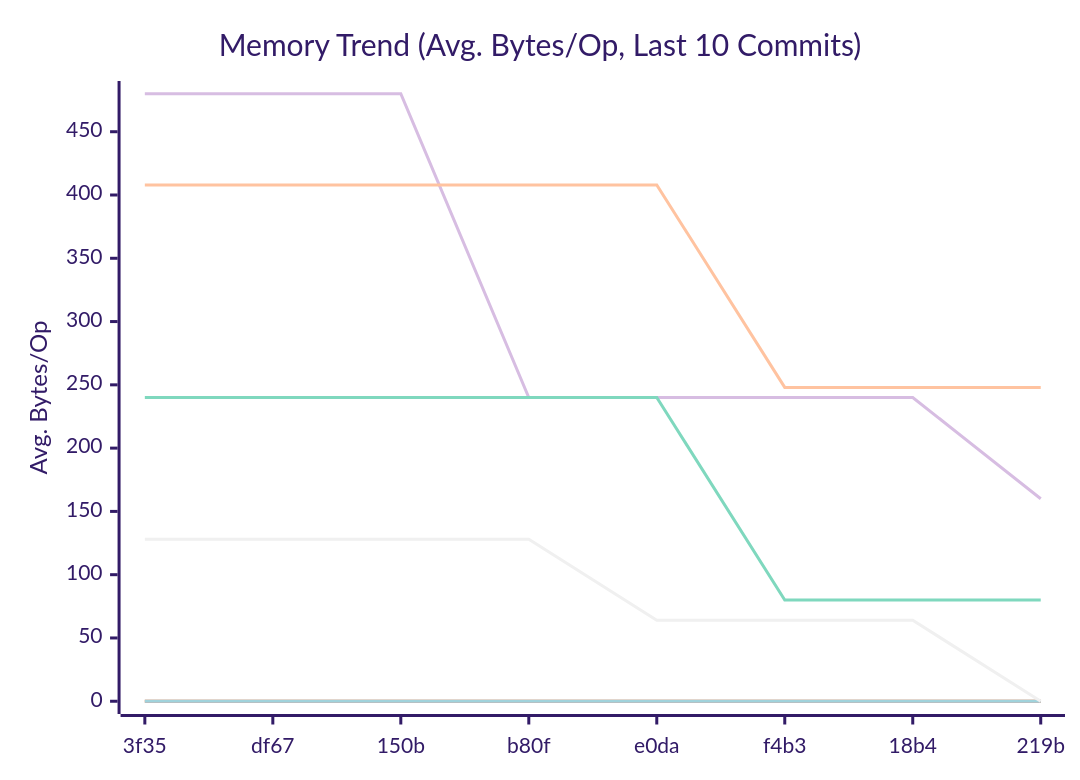
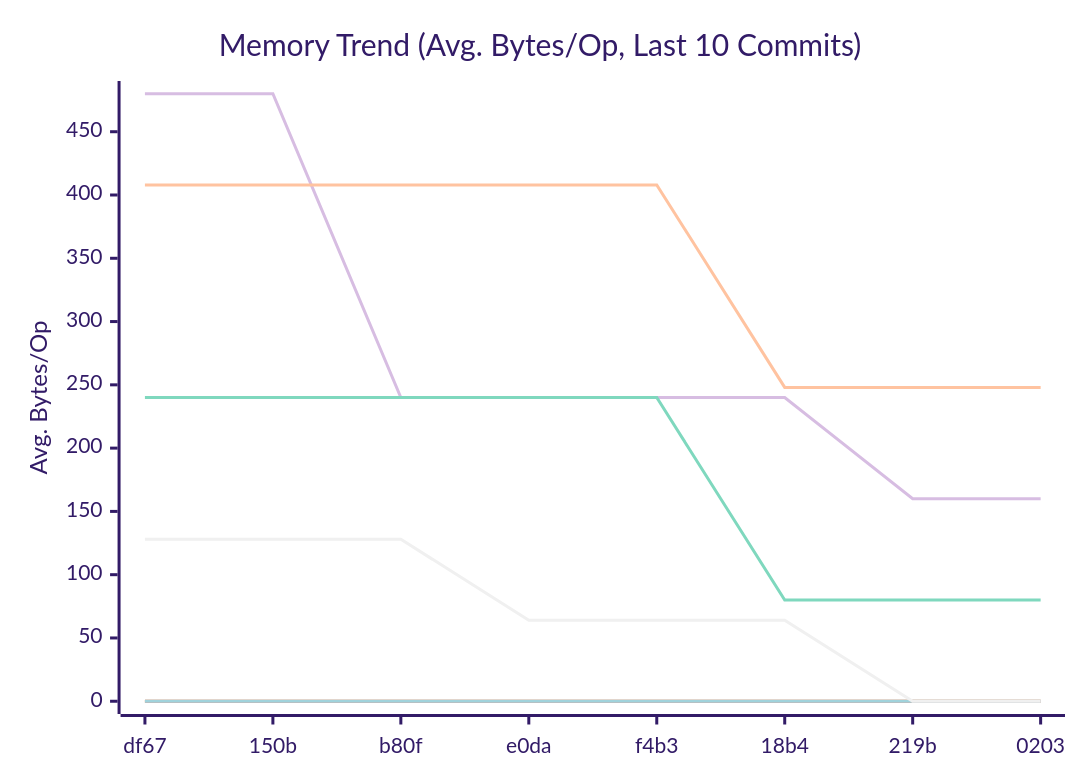
Before and after one commit to alsotoes/momo: the second of 3 diagrams in docs/README.md, drawn with Mermaid (forest theme). The commit also changed other lines of this file and 1 other file, not shown here.

````diff
--- a/docs/README.md
+++ b/docs/README.md
@@ -183,14 +177,14 @@
 ```mermaid
 xychart-beta
     title "Memory Trend (Avg. Bytes/Op, Last 10 Commits)"
     x-axis "Commit"
     y-axis "Avg. Bytes/Op"
-    x-axis [3f35,df67,150b,b80f,e0da,f4b3,18b4,219b]
+    x-axis [df67,150b,b80f,e0da,f4b3,18b4,219b,0203]
     line "CheckMetricsAndSwap" [0,0,0,0,0,0,0,0,0,0]
     line "IndexDirectTracking" [0,0,0,0,0,0,0,0,0,0]
     line "IndexSearch" [0,0,0,0,0,0,0,0,0,0]
-    line "LoadGlobalConfig" [480,480,480,240,240,240,240,160,160,0]
-    line "PadString" [128,128,128,128,64,64,64,0,0,0]
+    line "LoadGlobalConfig" [480,480,240,240,240,240,160,160,0,0]
+    line "PadString" [128,128,128,64,64,64,0,0,0,0]
     line "ParseReplicationOrder_NoPrealloc" [408,408,408,408,408,248,248,248,248,248]
     line "ParseReplicationOrder_Prealloc" [240,240,240,240,240,80,80,80,80,80]
 ```
````
